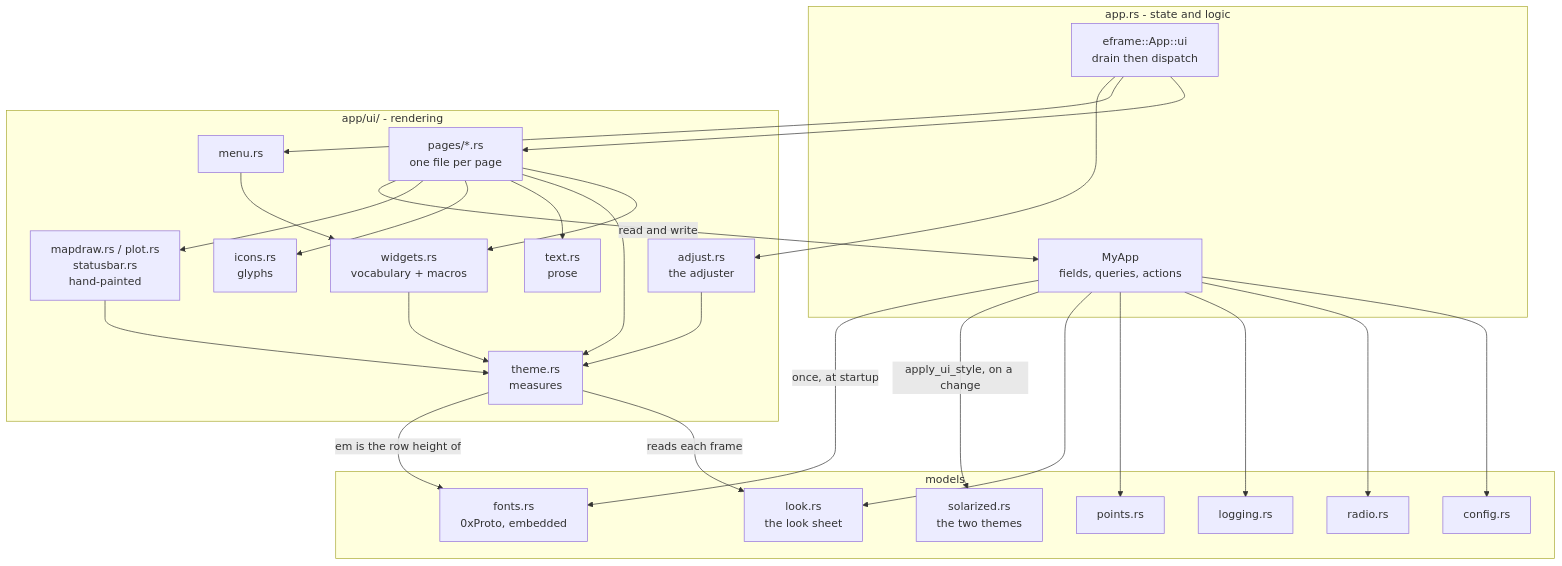
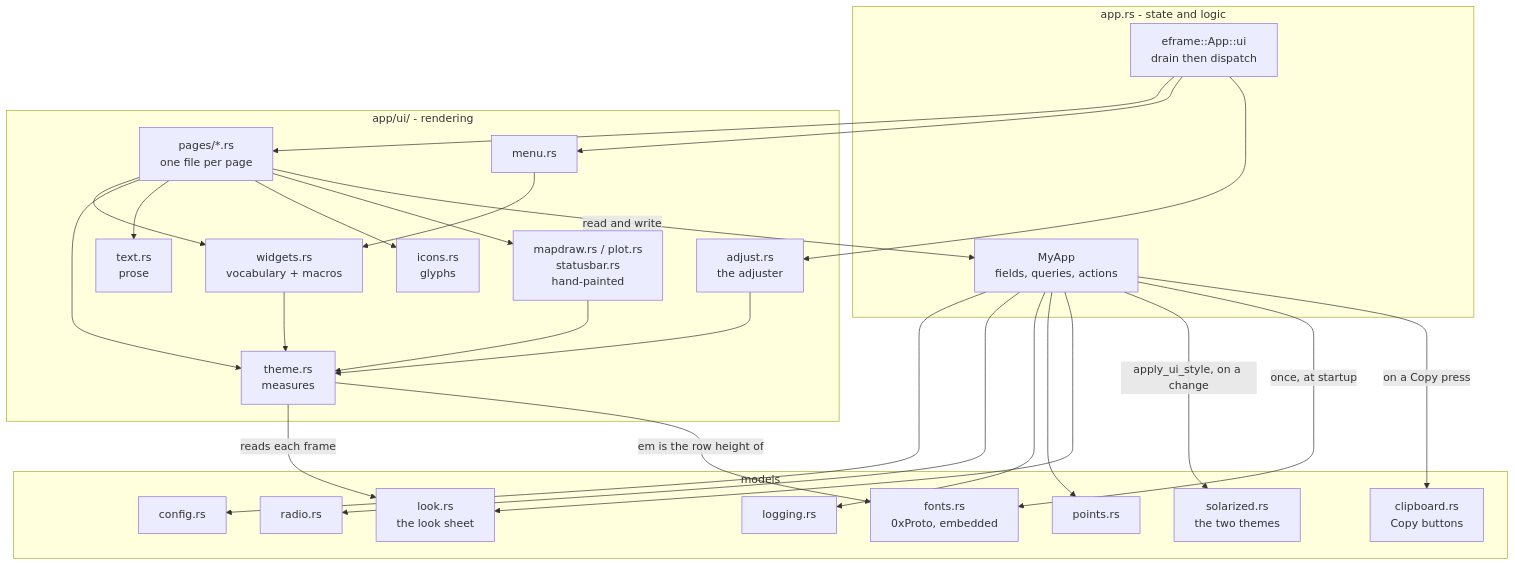
Before and after one commit to Telemety-In-Midair/gps-gui-rs: the first of 2 diagrams in docs/ui.md, drawn with Mermaid. The commit also changed other lines of this file and 34 other files, not shown here.

````diff
--- a/docs/ui.md
+++ b/docs/ui.md
@@ -52,49 +54,51 @@
 ```mermaid
 graph TD
     subgraph state["app.rs - state and logic"]
         MyApp["MyApp<br/>fields, queries, actions"]
         Loop["eframe::App::ui<br/>drain then dispatch"]
     end
     subgraph view["app/ui/ - rendering"]
         Pages["pages/*.rs<br/>one file per page"]
         Widgets["widgets.rs<br/>vocabulary + macros"]
         Theme["theme.rs<br/>measures"]
         Text["text.rs<br/>prose"]
         Icons["icons.rs<br/>glyphs"]
         Menu["menu.rs"]
         Draw["mapdraw.rs / plot.rs<br/>statusbar.rs<br/>hand-painted"]
         Adjust["adjust.rs<br/>the adjuster"]
     end
     subgraph model["models"]
         Config["config.rs"]
         Radio["radio.rs"]
         Logging["logging.rs"]
         Points["points.rs"]
         Look["look.rs<br/>the look sheet"]
         Solarized["solarized.rs<br/>the two themes"]
         Fonts["fonts.rs<br/>0xProto, embedded"]
+        Clipboard["clipboard.rs<br/>Copy buttons"]
     end
 
     Loop --> Pages
     Loop --> Menu
     Pages --> Widgets
     Pages --> Theme
     Pages --> Text
     Pages --> Icons
     Pages --> Draw
     Menu --> Widgets
     Widgets --> Theme
     Draw --> Theme
     Pages -->|read and write| MyApp
     MyApp --> Config
     MyApp --> Radio
     MyApp --> Logging
     MyApp --> Points
     MyApp --> Look
     MyApp -->|apply_ui_style, on a change| Solarized
     MyApp -->|once, at startup| Fonts
+    MyApp -->|on a Copy press| Clipboard
     Theme -->|reads each frame| Look
     Theme -->|em is the row height of| Fonts
     Loop --> Adjust
     Adjust --> Theme
 ```
````
